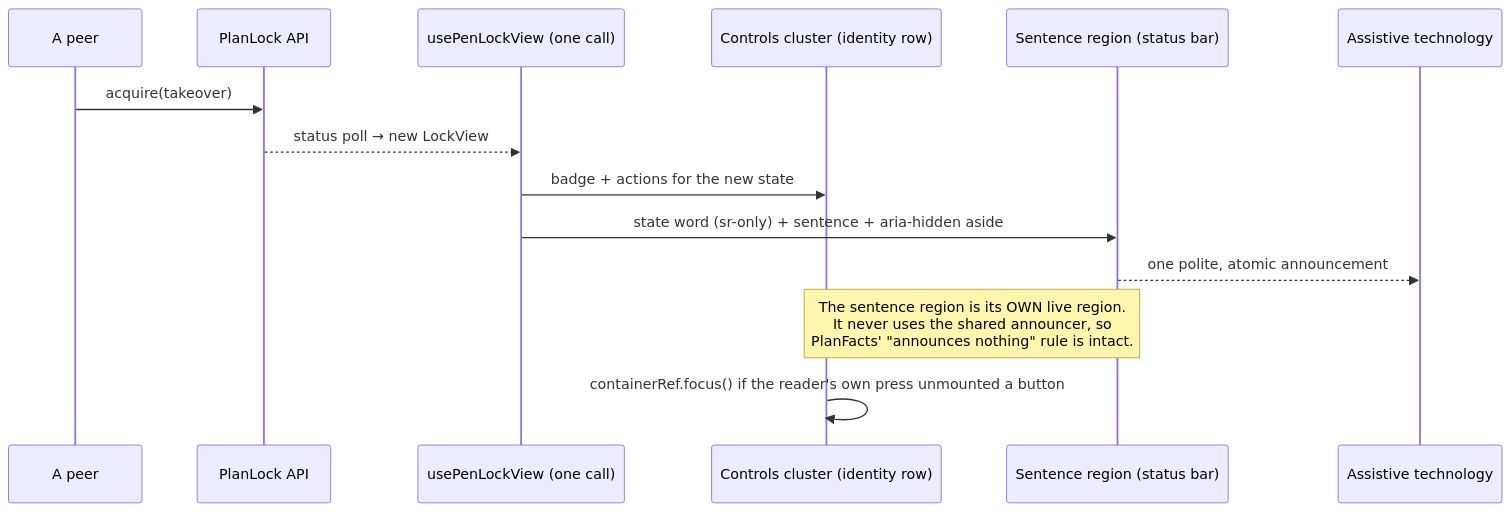
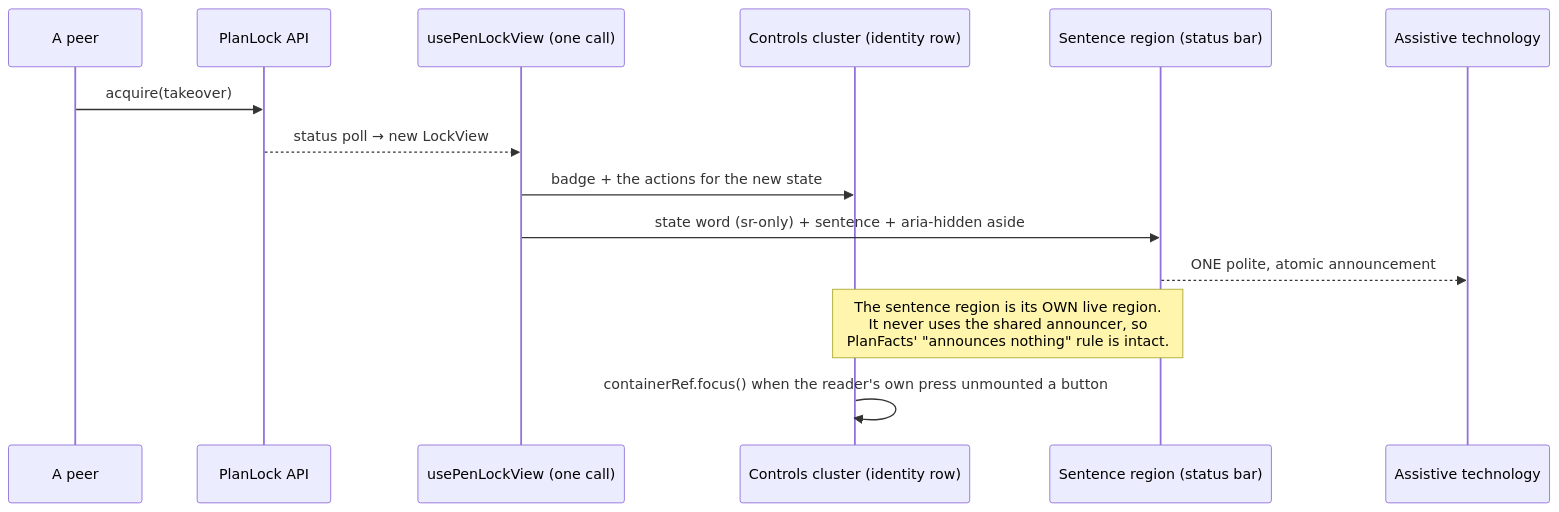
Before and after one commit to HuttonHomeHub/SchedulePoint_1: the second of 3 diagrams in docs/specs/one-row-header/feature-spec.md, drawn with Mermaid. The commit also changed other lines of this file and 3 other files, not shown here.

````diff
--- a/docs/specs/one-row-header/feature-spec.md
+++ b/docs/specs/one-row-header/feature-spec.md
@@ -466,17 +548,17 @@
 ```mermaid
 sequenceDiagram
   participant Peer as A peer
   participant API as PlanLock API
   participant Pen as usePenLockView (one call)
   participant Ctrl as Controls cluster (identity row)
   participant Say as Sentence region (status bar)
   participant AT as Assistive technology
 
   Peer->>API: acquire(takeover)
   API-->>Pen: status poll → new LockView
-  Pen->>Ctrl: badge + actions for the new state
+  Pen->>Ctrl: badge + the actions for the new state
   Pen->>Say: state word (sr-only) + sentence + aria-hidden aside
-  Say-->>AT: one polite, atomic announcement
+  Say-->>AT: ONE polite, atomic announcement
   Note over Ctrl,Say: The sentence region is its OWN live region.<br/>It never uses the shared announcer, so<br/>PlanFacts' "announces nothing" rule is intact.
-  Ctrl->>Ctrl: containerRef.focus() if the reader's own press unmounted a button
+  Ctrl->>Ctrl: containerRef.focus() when the reader's own press unmounted a button
 ```
````
